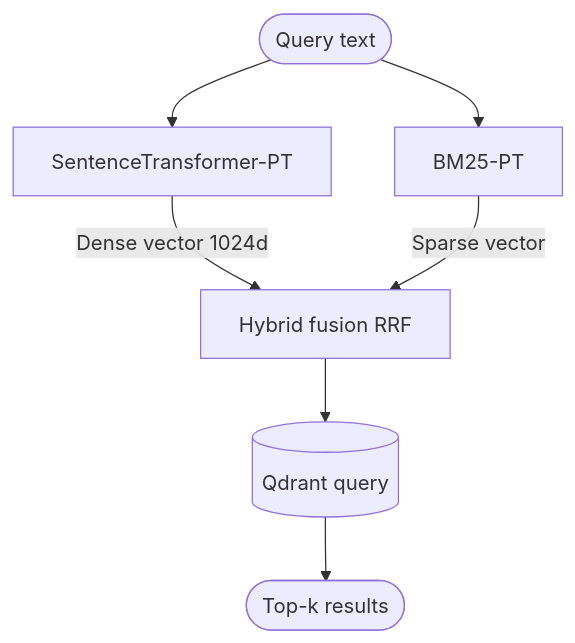
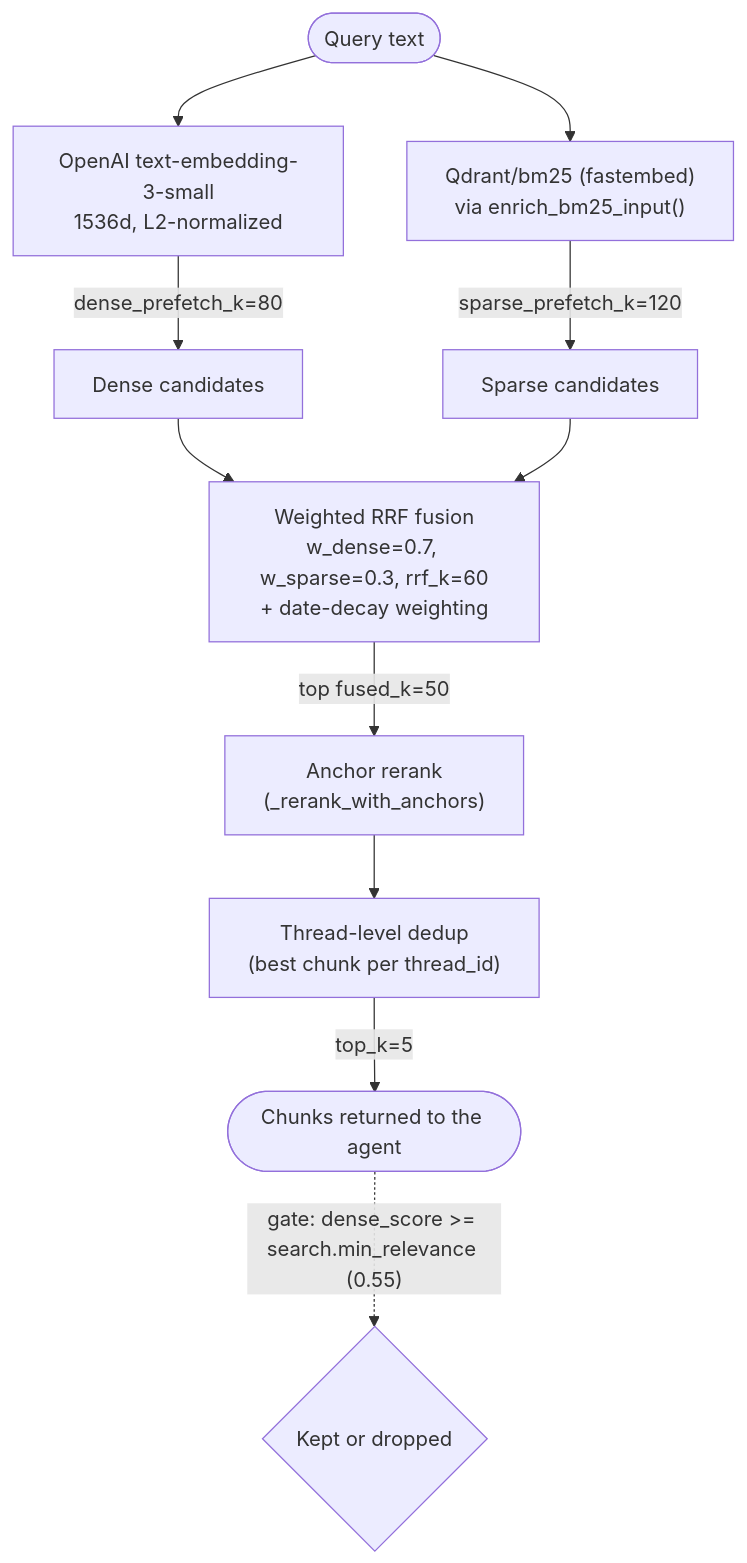
One commit to jooaobrum/habitantes-grenoble-agent changed the third of 5 diagrams in docs/ARCHITECTURE.md. Above: the diagram before and after it, drawn with Mermaid. The commit also changed other lines of this file and 45 other files, not shown here.

````diff
--- a/docs/ARCHITECTURE.md
+++ b/docs/ARCHITECTURE.md
@@ -78,12 +95,17 @@
 ```mermaid
 flowchart TD
     Query([Query text])
-    Query --> Dense[SentenceTransformer-PT]
-    Query --> Sparse[BM25-PT]
+    Query --> Dense["OpenAI text-embedding-3-small<br>1536d, L2-normalized"]
+    Query --> Sparse["Qdrant/bm25 (fastembed)<br>via enrich_bm25_input()"]
 
-    Dense -->|Dense vector 1024d| Fusion
-    Sparse -->|Sparse vector| Fusion
+    Dense -->|"dense_prefetch_k=80"| DensePts[Dense candidates]
+    Sparse -->|"sparse_prefetch_k=120"| SparsePts[Sparse candidates]
 
-    Fusion[Hybrid fusion RRF] --> DB[(Qdrant query)]
-    DB --> TopK([Top-k results])
+    DensePts --> Fusion["Weighted RRF fusion<br>w_dense=0.7, w_sparse=0.3, rrf_k=60<br>+ date-decay weighting"]
+    SparsePts --> Fusion
+    Fusion -->|"top fused_k=50"| Anchor["Anchor rerank<br>(_rerank_with_anchors)"]
+    Anchor --> Dedup["Thread-level dedup<br>(best chunk per thread_id)"]
+    Dedup -->|"top_k=5"| Chunks([Chunks returned to the agent])
+
+    Chunks -.->|"gate: dense_score >= search.min_relevance (0.55)"| Gated{Kept or dropped}
 ```
````
